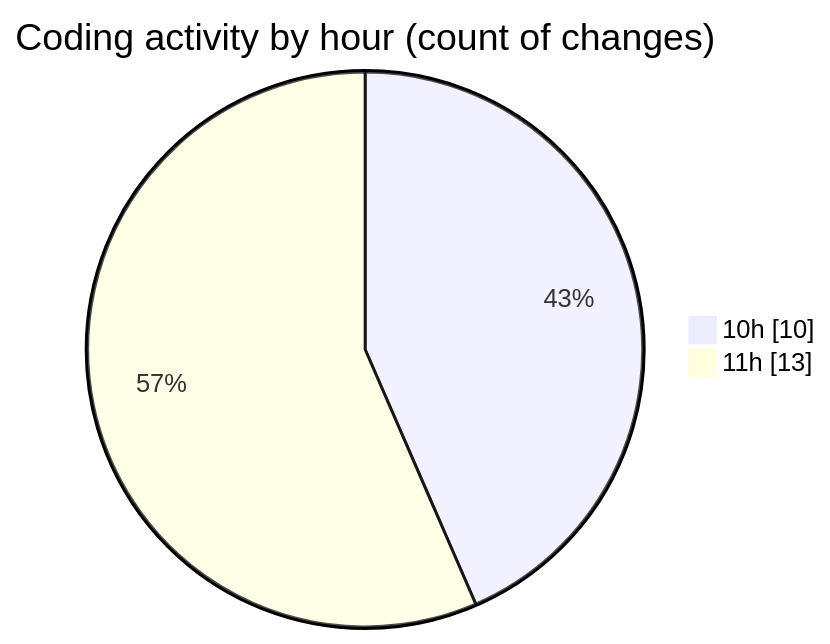
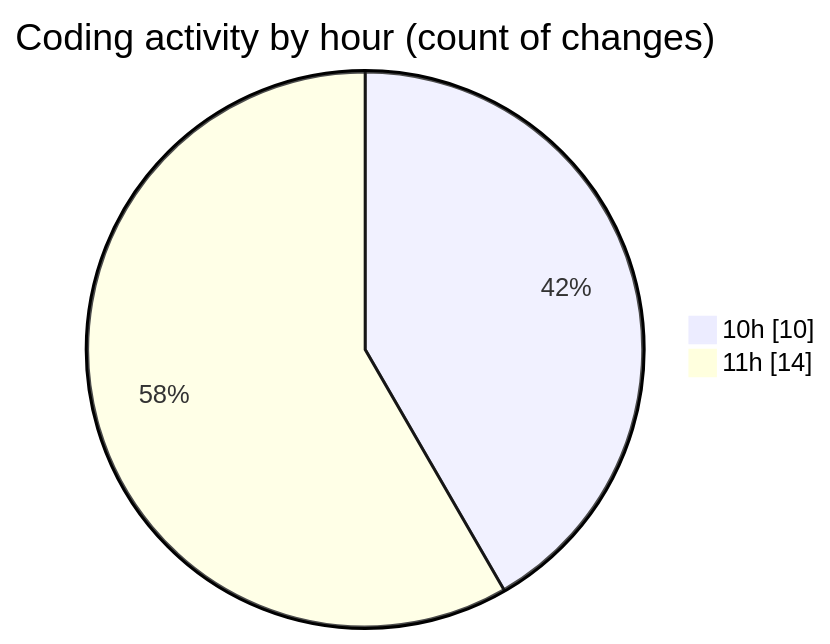
One commit to BS-eng2023/code-tracking changed the second of 2 diagrams in 2025-03-31/jsvms/README.md. Above: the diagram before and after it, drawn with Mermaid. The commit also changed other lines of this file and 1 other file, not shown here.

````diff
--- a/2025-03-31/jsvms/README.md
+++ b/2025-03-31/jsvms/README.md
@@ -36,6 +37,6 @@
 ```mermaid
 pie showData
 title Coding activity by hour (count of changes)
 "10h" : 10
-"11h" : 13
+"11h" : 14
 ```
````
